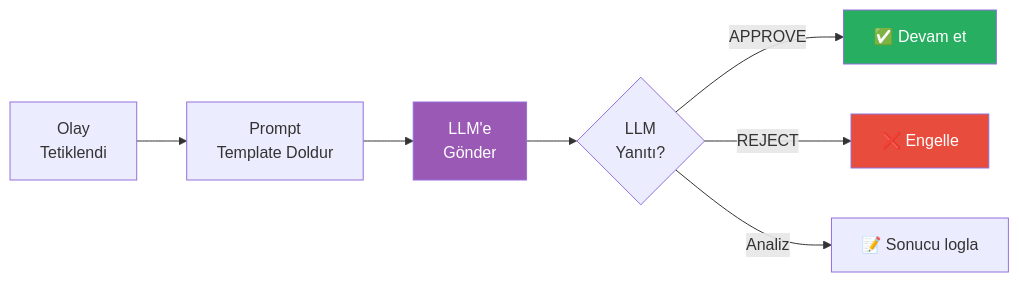
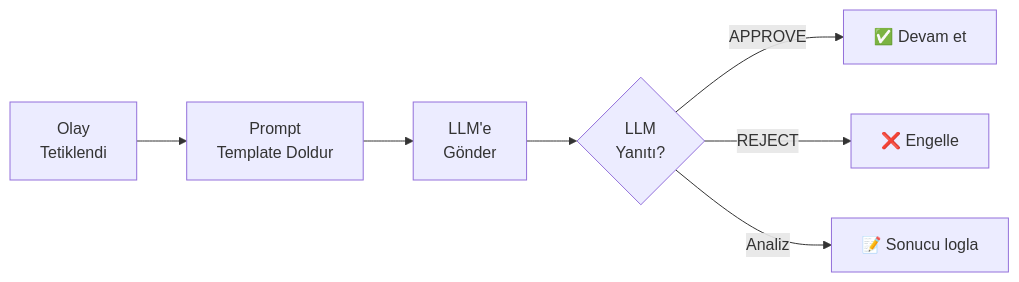
One commit to IzzetYasinAtes/ClaudeCodeHandbook changed the fourth of 7 diagrams in 14-hooks-ve-otomasyon/03-hook-tipleri.md. Above: the diagram before and after it, drawn with Mermaid. The commit also changed other lines of this file and 97 other files, not shown here.

Commit message:
Remove all custom Mermaid style/fill colors from 98 markdown files for consistent dark theme rendering

````diff
--- a/14-hooks-ve-otomasyon/03-hook-tipleri.md
+++ b/14-hooks-ve-otomasyon/03-hook-tipleri.md
@@ -277,13 +270,10 @@
 ```mermaid
 flowchart LR
     EVENT["Olay<br/>Tetiklendi"] --> TEMPLATE["Prompt<br/>Template Doldur"]
     TEMPLATE --> LLM["LLM'e<br/>Gönder"]
     LLM --> EVAL{"LLM<br/>Yanıtı?"}
     EVAL -->|"APPROVE"| OK["✅ Devam et"]
     EVAL -->|"REJECT"| BLOCK["❌ Engelle"]
     EVAL -->|"Analiz"| LOG["📝 Sonucu logla"]
 
-    style LLM fill:#9B59B6,color:#fff
-    style OK fill:#27AE60,color:#fff
-    style BLOCK fill:#E74C3C,color:#fff
 ```
````
